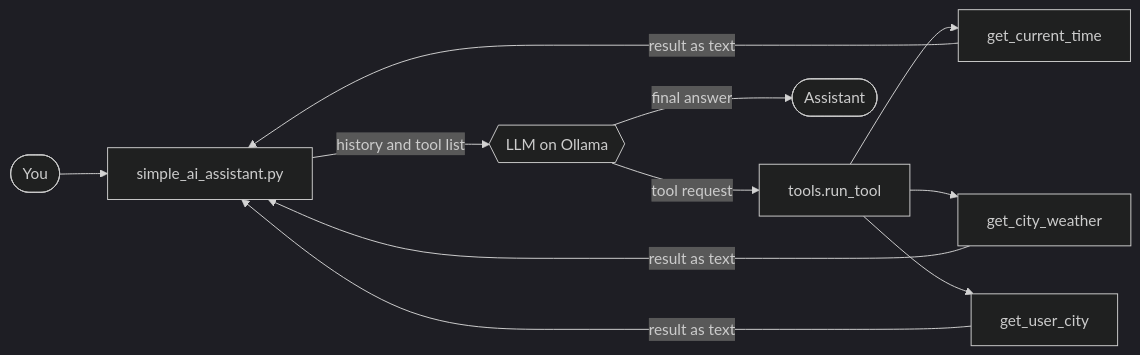
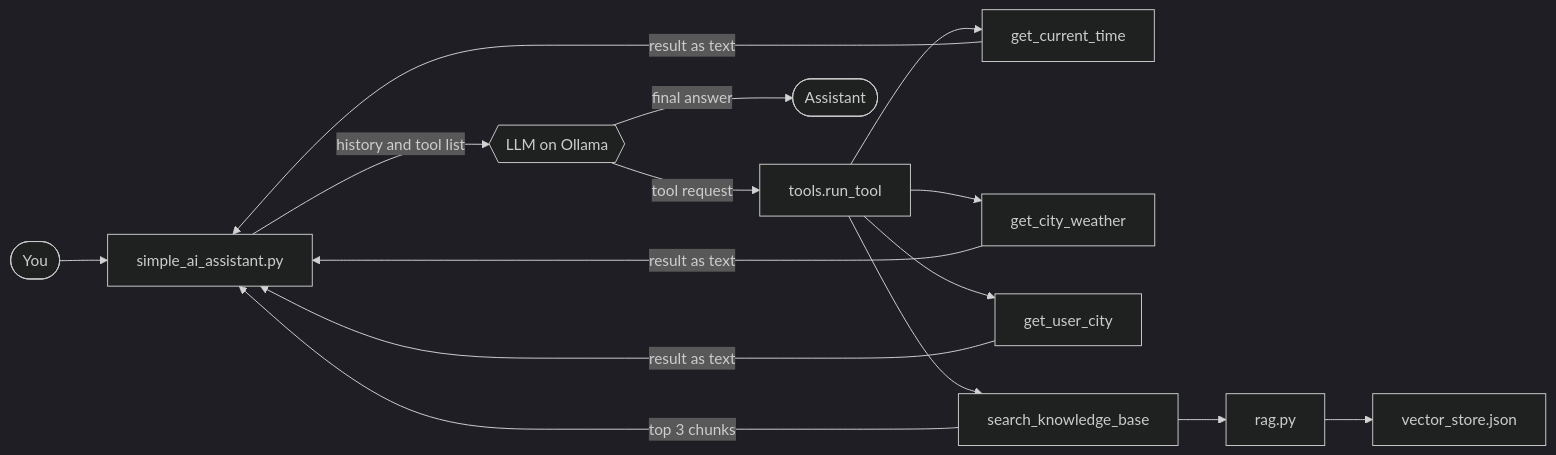
The diagram in README.md (MAZHARMIK/python-ai-agent-ollama), drawn with Mermaid (dark theme) before and after one commit. The commit also changed other lines of this file, not shown here.

Commit message:
Added RAG details

````diff
--- a/README.md
+++ b/README.md
@@ -77,13 +84,17 @@
 ```mermaid
 flowchart LR
     U([You]) --> M[simple_ai_assistant.py]
     M -->|history and tool list| L{{LLM on Ollama}}
     L -->|tool request| R[tools.run_tool]
     R --> T1[get_current_time]
     R --> T2[get_city_weather]
     R --> T3[get_user_city]
+    R --> T4[search_knowledge_base]
+    T4 --> K[rag.py]
+    K --> V[vector_store.json]
     T1 -->|result as text| M
     T2 -->|result as text| M
     T3 -->|result as text| M
+    T4 -->|top 3 chunks| M
     L -->|final answer| A([Assistant])
 ```
````
